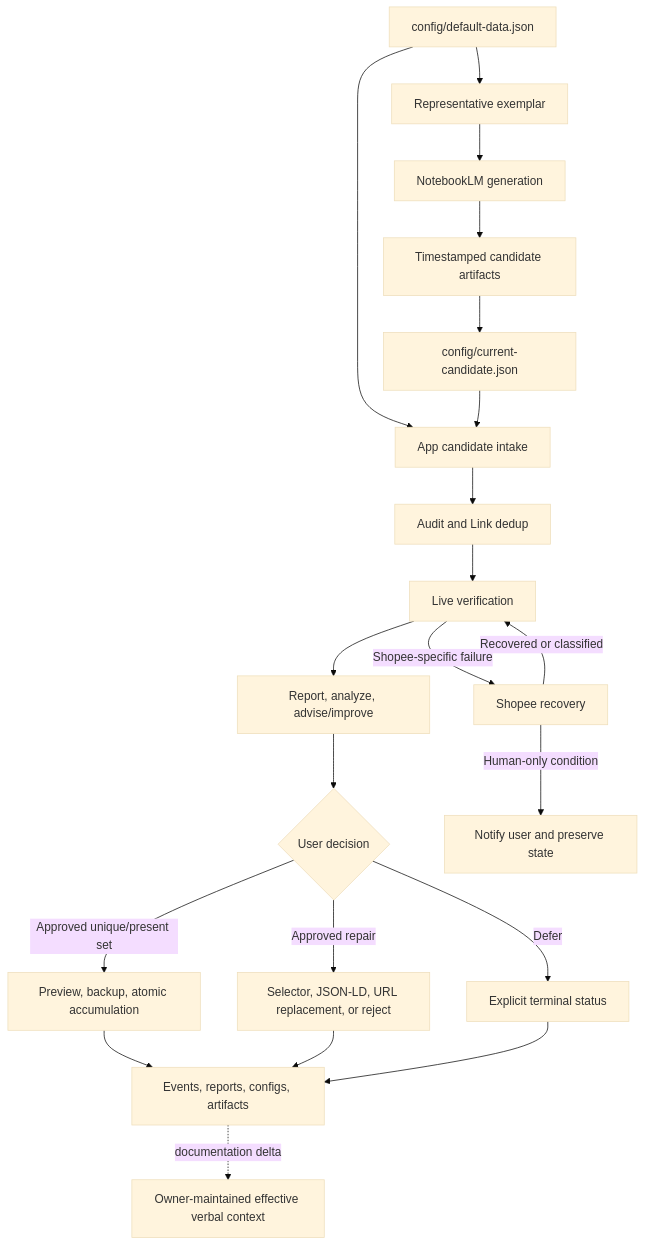
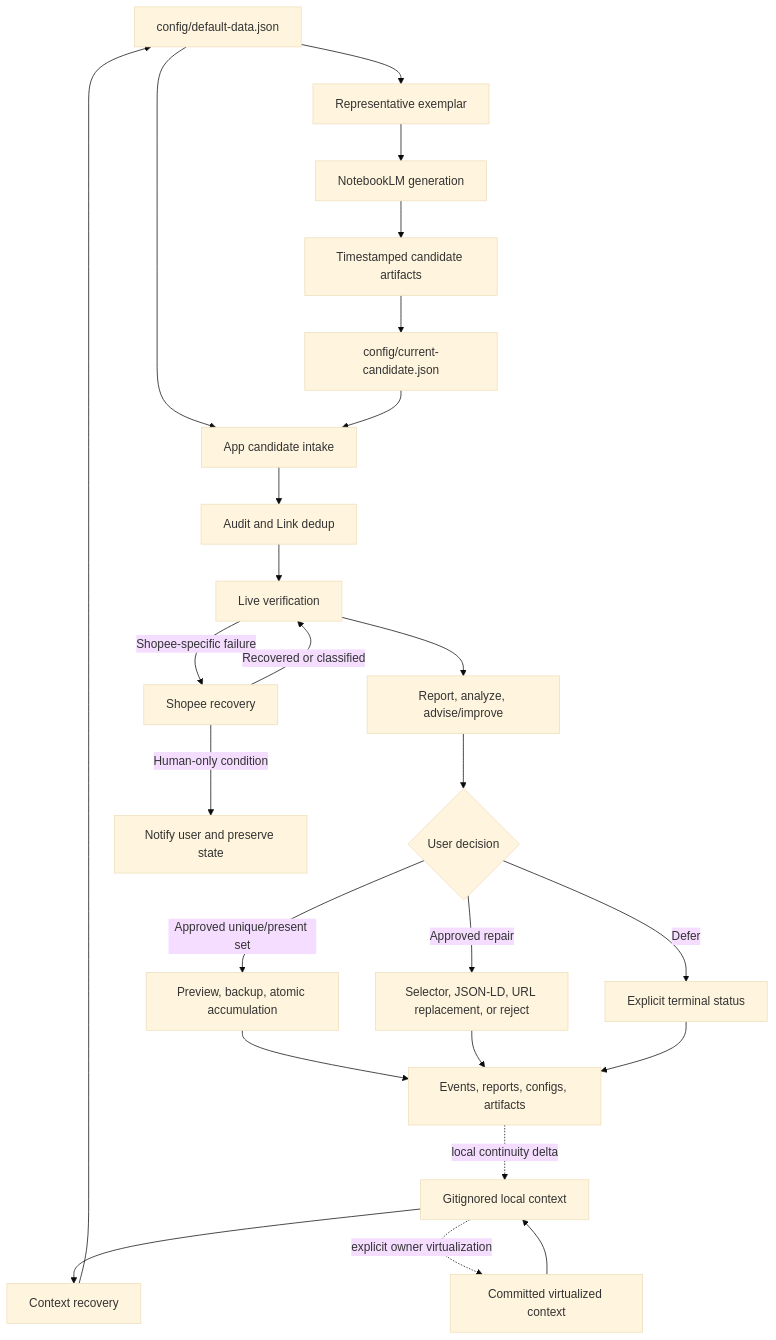
Before and after one commit to thienan092/data-phinter: the diagram in plugins/data-phinter-workflows/references/architecture.md, drawn with Mermaid (base theme). The commit also changed other lines of this file and 30 other files, not shown here.

````diff
--- a/plugins/data-phinter-workflows/references/architecture.md
+++ b/plugins/data-phinter-workflows/references/architecture.md
@@ -24,26 +27,30 @@
 ```mermaid
 flowchart TD
     CFG[config/default-data.json] --> EX[Representative exemplar]
     EX --> N[NotebookLM generation]
     N --> CAN[Timestamped candidate artifacts]
     CAN --> PTR[config/current-candidate.json]
 
     CFG --> APP[App candidate intake]
     PTR --> APP
     APP --> AUD[Audit and Link dedup]
     AUD --> VER[Live verification]
     VER --> REP[Report, analyze, advise/improve]
     REP --> DEC{User decision}
     DEC -->|Approved unique/present set| ACC[Preview, backup, atomic accumulation]
     DEC -->|Approved repair| FIX[Selector, JSON-LD, URL replacement, or reject]
     DEC -->|Defer| TERM[Explicit terminal status]
 
     VER -->|Shopee-specific failure| SHOP[Shopee recovery]
     SHOP -->|Recovered or classified| VER
     SHOP -->|Human-only condition| HUMAN[Notify user and preserve state]
 
     ACC --> EV[Events, reports, configs, artifacts]
     FIX --> EV
     TERM --> EV
-    EV -. documentation delta .-> HAND[Owner-maintained effective verbal context]
+    PUB[Committed virtualized context] --> LOCAL[Gitignored local context]
+    LOCAL --> REC[Context recovery]
+    REC --> CFG
+    EV -. local continuity delta .-> LOCAL
+    LOCAL -. explicit owner virtualization .-> PUB
 ```
````
